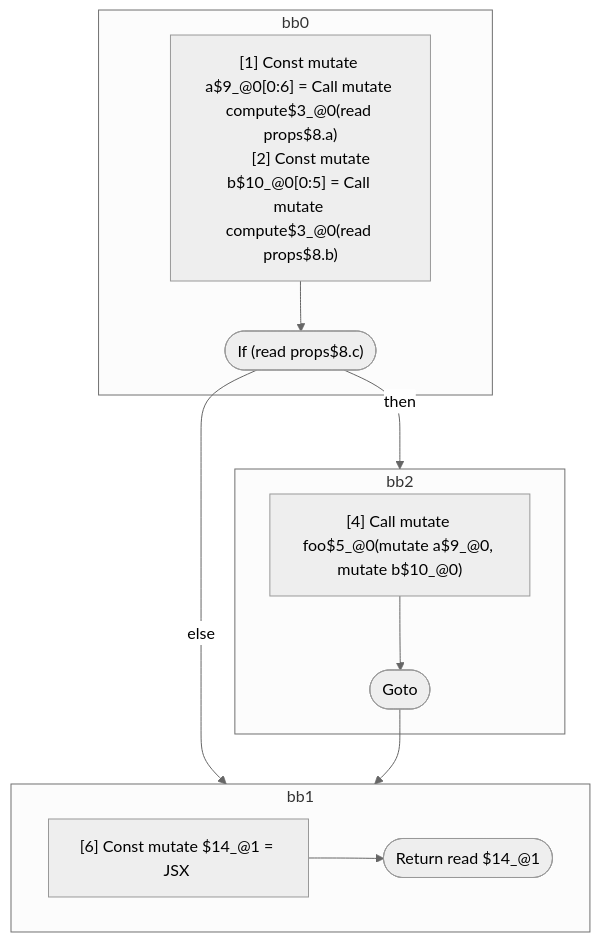
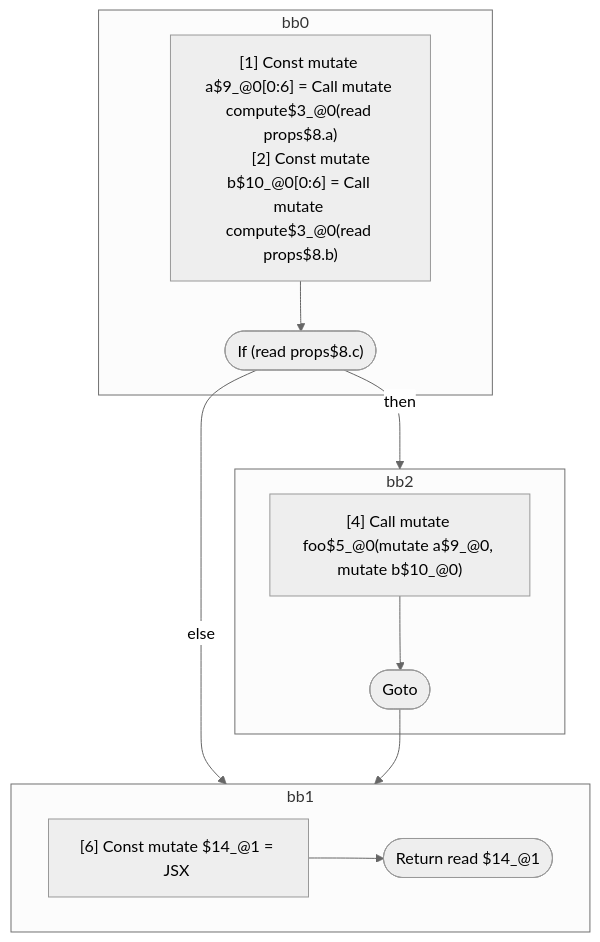
The fourth of 4 diagrams in compiler/forget/src/__tests__/fixtures/hir/interdependent-across-if.expect.md (wutsmog/private), drawn with Mermaid (neutral theme) before and after one commit. The commit also changed other lines of this file and 30 other files, not shown here.

First line of the commit message:
Merge scopes that interleave or cross control-flow boundaries together

````diff
--- a/compiler/forget/src/__tests__/fixtures/hir/interdependent-across-if.expect.md
+++ b/compiler/forget/src/__tests__/fixtures/hir/interdependent-across-if.expect.md
@@ -127,29 +127,29 @@
 ```mermaid
 flowchart TB
   %% Basic Blocks
   subgraph bb0
     bb0_instrs["
       [1] Const mutate a$9_@0[0:6] = Call mutate compute$3_@0(read props$8.a)
-      [2] Const mutate b$10_@0[0:5] = Call mutate compute$3_@0(read props$8.b)
+      [2] Const mutate b$10_@0[0:6] = Call mutate compute$3_@0(read props$8.b)
     "]
     bb0_instrs --> bb0_terminal(["If (read props$8.c)"])
   end
   subgraph bb2
     bb2_instrs["
       [4] Call mutate foo$5_@0(mutate a$9_@0, mutate b$10_@0)
     "]
     bb2_instrs --> bb2_terminal(["Goto"])
   end
   subgraph bb1
     bb1_instrs["
       [6] Const mutate $14_@1 = JSX <read Foo$6 a={freeze a$9_@0} b={freeze b$10_@0} ></read Foo$6>
     "]
     bb1_instrs --> bb1_terminal(["Return read $14_@1"])
   end
 
   %% Jumps
   bb0_terminal -- "then" --> bb2
   bb0_terminal -- "else" --> bb1
   bb2_terminal --> bb1
 
 ```
````
